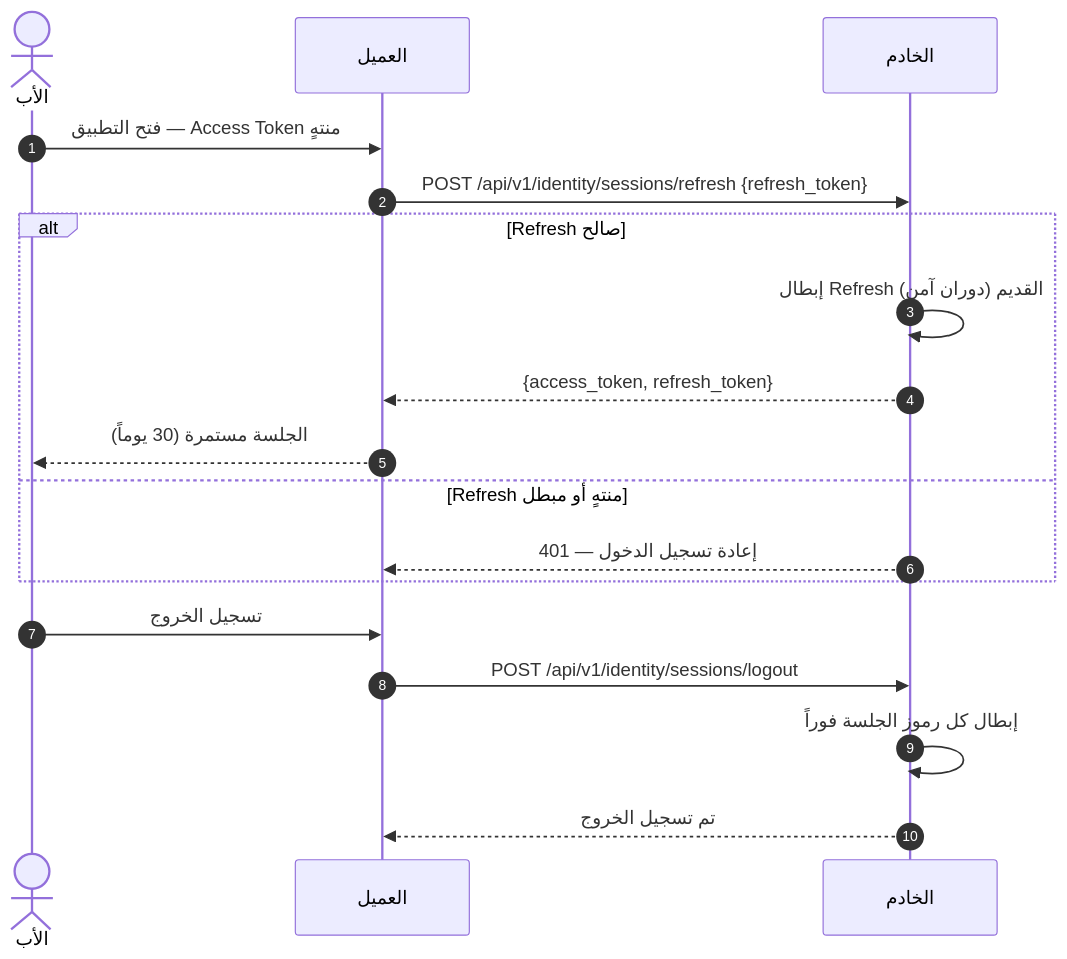
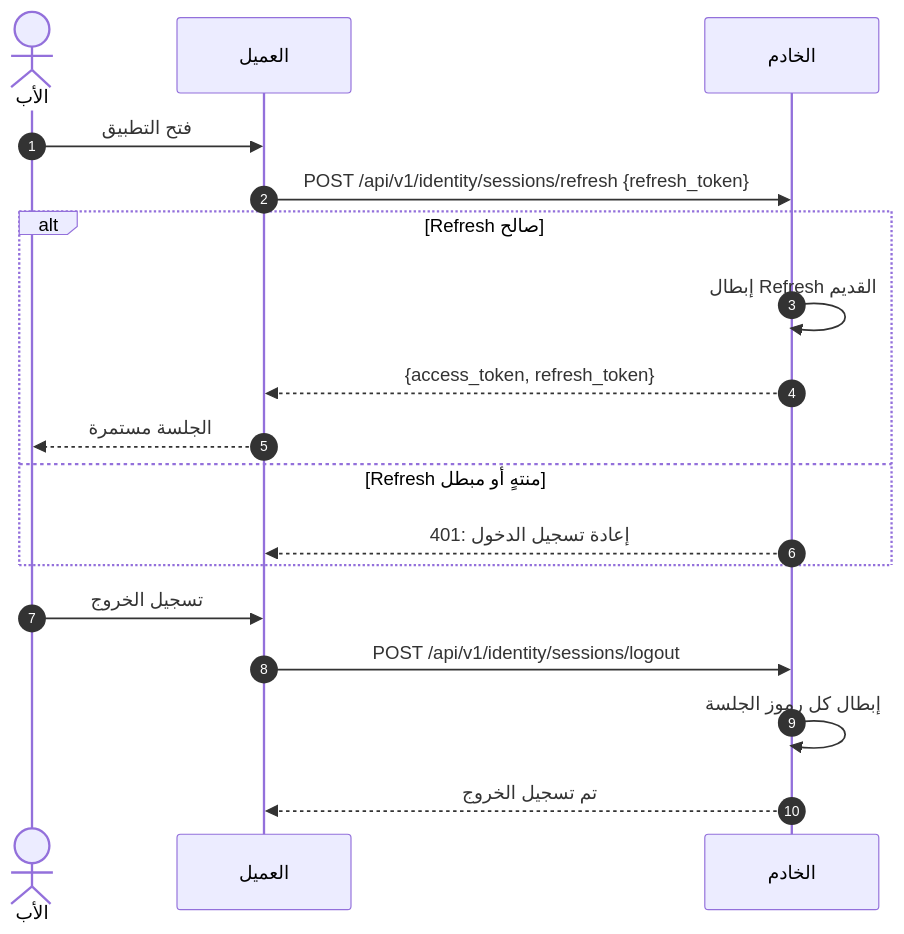
One commit to Bassam-mohammed-alqaeadi/family-os-v2 changed diagram 11 of 36 in docs/family-os/governance/phases/phase-1/S1-02-identity-and-onboarding/DIAGRAMS.md. Above: the diagram before and after it, drawn with Mermaid. The commit also changed other lines of this file, not shown here.

````diff
--- a/docs/family-os/governance/phases/phase-1/S1-02-identity-and-onboarding/DIAGRAMS.md
+++ b/docs/family-os/governance/phases/phase-1/S1-02-identity-and-onboarding/DIAGRAMS.md
@@ -426,20 +510,20 @@
 ```mermaid
 sequenceDiagram
     autonumber
     actor Father as الأب
     participant Client as العميل
     participant Ktor as الخادم
-    Father->>Client: فتح التطبيق — Access Token منتهٍ
+    Father->>Client: فتح التطبيق
     Client->>Ktor: POST /api/v1/identity/sessions/refresh {refresh_token}
     alt Refresh صالح
-        Ktor->>Ktor: إبطال Refresh القديم (دوران آمن)
+        Ktor->>Ktor: إبطال Refresh القديم
         Ktor-->>Client: {access_token, refresh_token}
-        Client-->>Father: الجلسة مستمرة (30 يوماً)
+        Client-->>Father: الجلسة مستمرة
     else Refresh منتهٍ أو مبطل
-        Ktor-->>Client: 401 — إعادة تسجيل الدخول
+        Ktor-->>Client: 401: إعادة تسجيل الدخول
     end
     Father->>Client: تسجيل الخروج
     Client->>Ktor: POST /api/v1/identity/sessions/logout
-    Ktor->>Ktor: إبطال كل رموز الجلسة فوراً
+    Ktor->>Ktor: إبطال كل رموز الجلسة
     Ktor-->>Client: تم تسجيل الخروج
 ```
````
